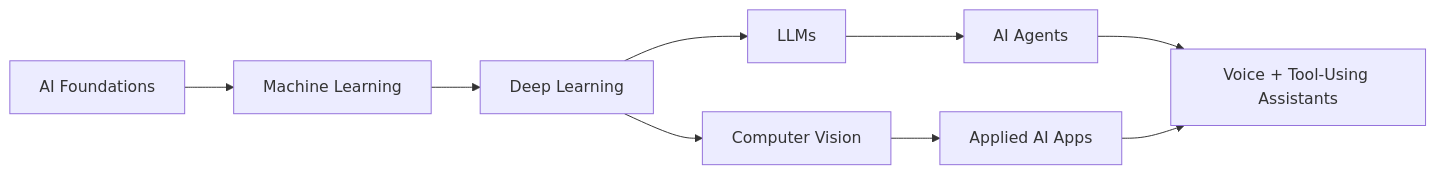
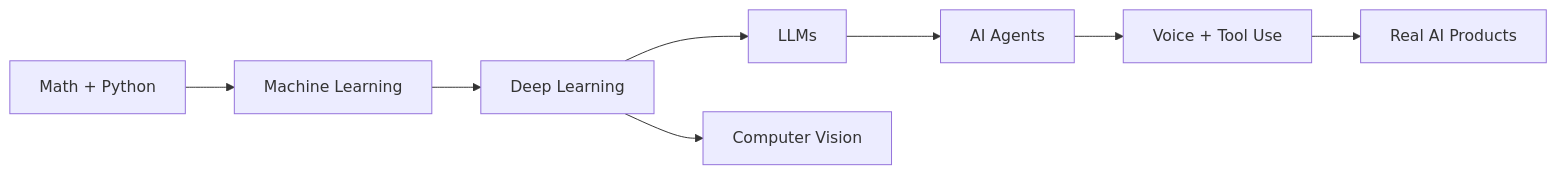
Before and after one commit to suhaimz11/suhaimz11: the diagram in README.md, drawn with Mermaid. The commit also changed other lines of this file, not shown here.

````diff
--- a/README.md
+++ b/README.md
@@ -122,11 +112,10 @@
 ```mermaid
 flowchart LR
-    A["AI Foundations"] --> B["Machine Learning"]
+    A["Math + Python"] --> B["Machine Learning"]
     B --> C["Deep Learning"]
     C --> D["LLMs"]
     C --> E["Computer Vision"]
     D --> F["AI Agents"]
-    E --> G["Applied AI Apps"]
-    F --> H["Voice + Tool-Using Assistants"]
-    G --> H
+    F --> G["Voice + Tool Use"]
+    G --> H["Real AI Products"]
 ```
````
